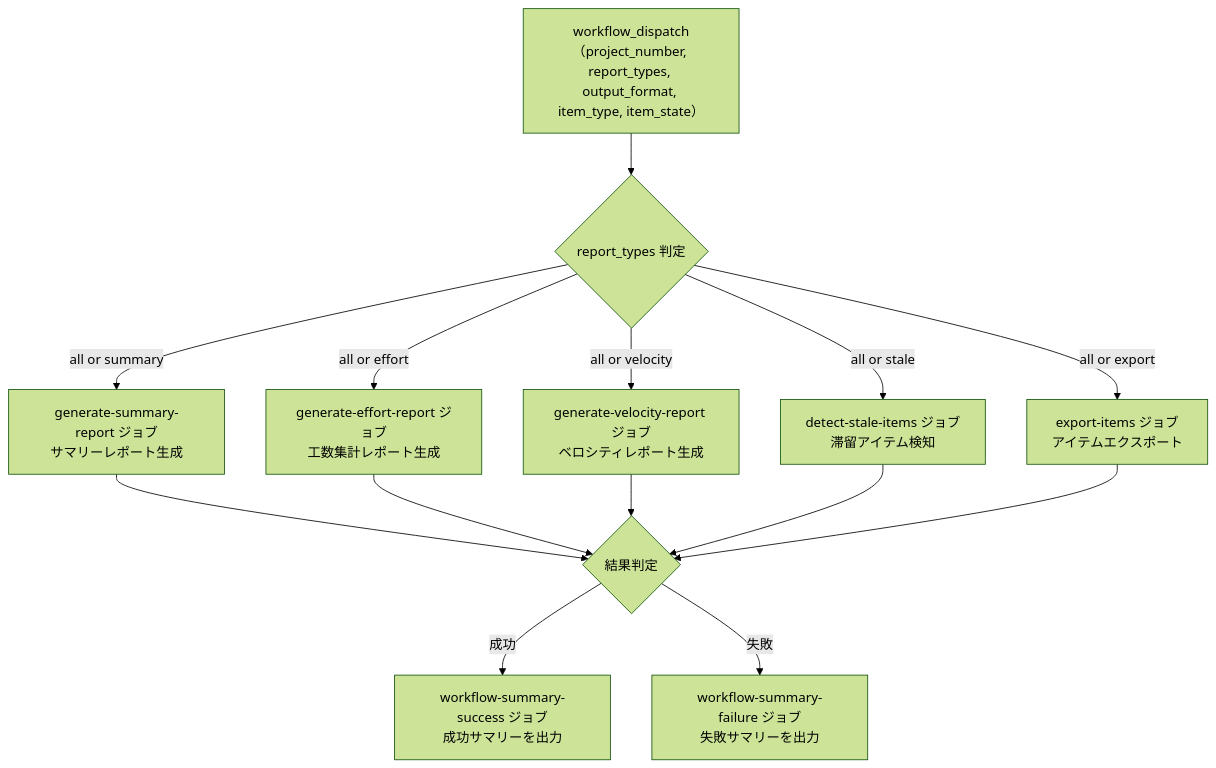
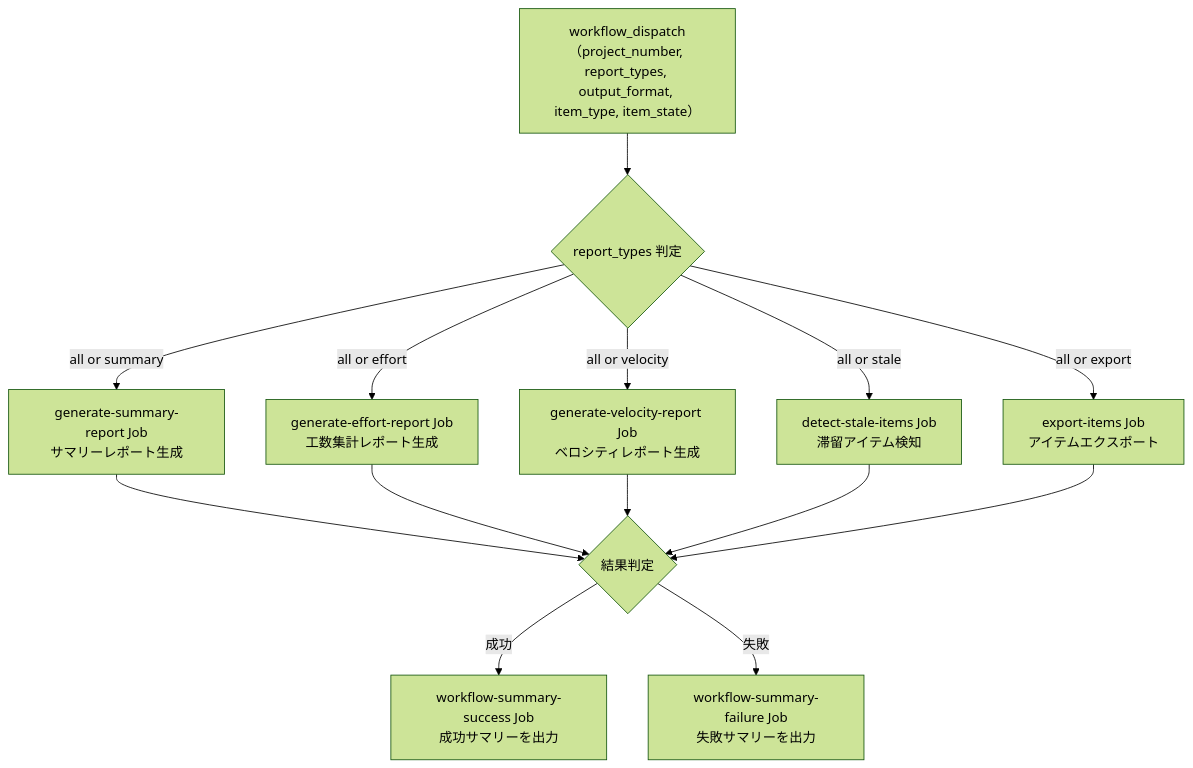
Before and after one commit to lurest-inc/github-projects-ops-kit: the diagram in docs/workflows/05-analyze-project.md, drawn with Mermaid (forest theme). The commit also changed other lines of this file and 26 other files, not shown here.

````diff
--- a/docs/workflows/05-analyze-project.md
+++ b/docs/workflows/05-analyze-project.md
@@ -386,12 +386,12 @@
 ```mermaid
 flowchart TD
     A["workflow_dispatch\n（project_number, report_types, output_format, item_type, item_state）"] --> B{"report_types 判定"}
-    B -- "all or summary" --> C["generate-summary-report ジョブ\nサマリーレポート生成"]
-    B -- "all or effort" --> D["generate-effort-report ジョブ\n工数集計レポート生成"]
-    B -- "all or velocity" --> V["generate-velocity-report ジョブ\nベロシティレポート生成"]
-    B -- "all or stale" --> E["detect-stale-items ジョブ\n滞留アイテム検知"]
-    B -- "all or export" --> I["export-items ジョブ\nアイテムエクスポート"]
+    B -- "all or summary" --> C["generate-summary-report Job\nサマリーレポート生成"]
+    B -- "all or effort" --> D["generate-effort-report Job\n工数集計レポート生成"]
+    B -- "all or velocity" --> V["generate-velocity-report Job\nベロシティレポート生成"]
+    B -- "all or stale" --> E["detect-stale-items Job\n滞留アイテム検知"]
+    B -- "all or export" --> I["export-items Job\nアイテムエクスポート"]
     C & D & V & E & I --> F{"結果判定"}
-    F -- "成功" --> G["workflow-summary-success ジョブ\n成功サマリーを出力"]
-    F -- "失敗" --> H["workflow-summary-failure ジョブ\n失敗サマリーを出力"]
+    F -- "成功" --> G["workflow-summary-success Job\n成功サマリーを出力"]
+    F -- "失敗" --> H["workflow-summary-failure Job\n失敗サマリーを出力"]
 ```
````
